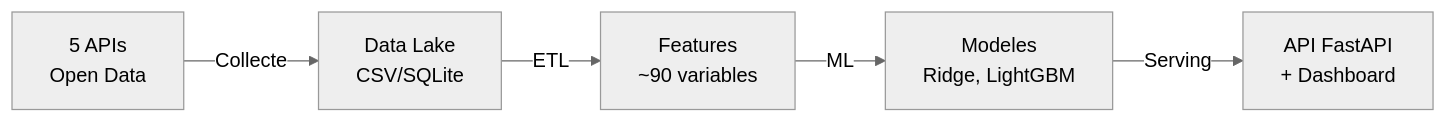
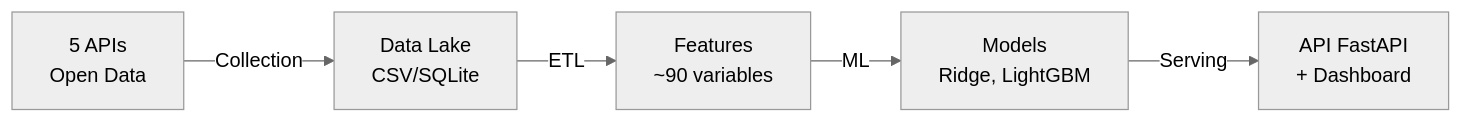
The diagram in README.md (PDUCLOS/Projet-HVAC), drawn with Mermaid (neutral theme) before and after one commit. The commit also changed other lines of this file and 2 other files, not shown here.

````diff
--- a/README.md
+++ b/README.md
@@ -32,7 +32,7 @@
 ```mermaid
 graph LR
-    A[5 APIs<br/>Open Data] -->|Collecte| B[Data Lake<br/>CSV/SQLite]
+    A[5 APIs<br/>Open Data] -->|Collection| B[Data Lake<br/>CSV/SQLite]
     B -->|ETL| C[Features<br/>~90 variables]
-    C -->|ML| D[Modeles<br/>Ridge, LightGBM]
+    C -->|ML| D[Models<br/>Ridge, LightGBM]
     D -->|Serving| E[API FastAPI<br/>+ Dashboard]
 ```
````
